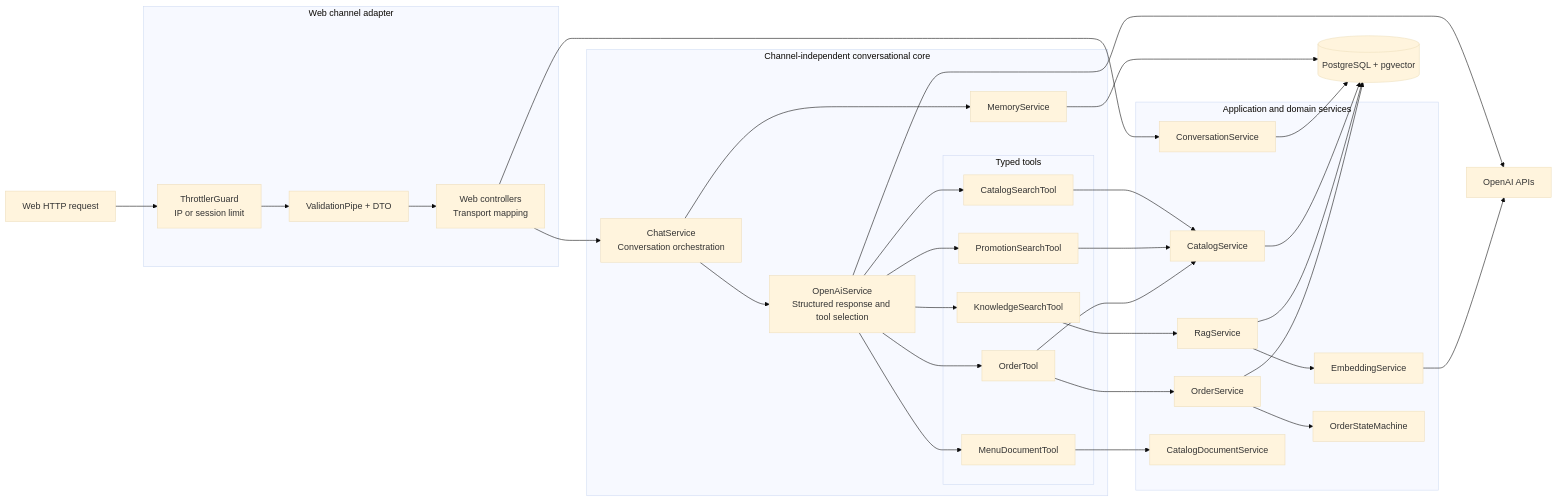
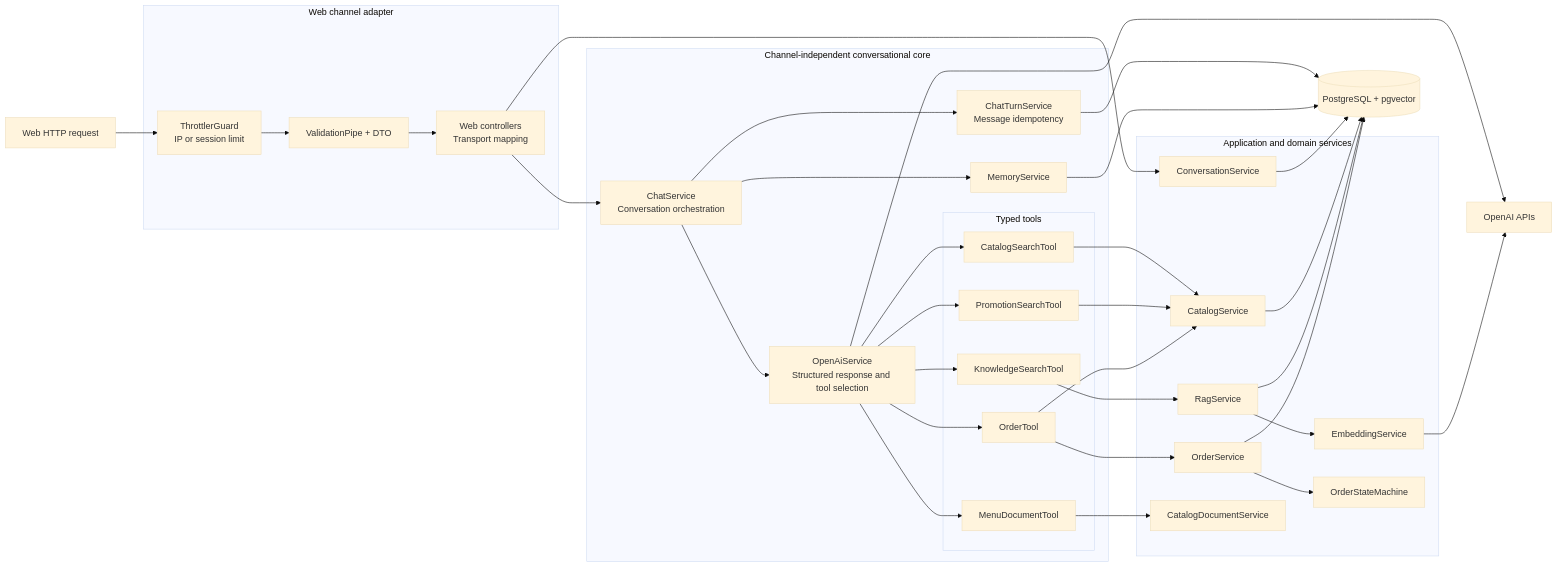
One commit to juanjosechiroque/nestjs-multichannel-ai-chatbot-engine changed the third of 5 diagrams in ARCHITECTURE.md. Above: the diagram before and after it, drawn with Mermaid (base theme). The commit also changed other lines of this file and 22 other files, not shown here.

````diff
--- a/ARCHITECTURE.md
+++ b/ARCHITECTURE.md
@@ -75,51 +75,53 @@
 ```mermaid
 flowchart LR
     request["Web HTTP request"]
 
     subgraph channel["Web channel adapter"]
         limit["ThrottlerGuard<br/>IP or session limit"]
         validation["ValidationPipe + DTO"]
         controller["Web controllers<br/>Transport mapping"]
     end
 
     subgraph core["Channel-independent conversational core"]
         chat["ChatService<br/>Conversation orchestration"]
+        turns["ChatTurnService<br/>Message idempotency"]
         provider["OpenAiService<br/>Structured response and tool selection"]
         memory["MemoryService"]
 
         subgraph tools["Typed tools"]
             catalogTool["CatalogSearchTool"]
             promotionTool["PromotionSearchTool"]
             knowledgeTool["KnowledgeSearchTool"]
             menuTool["MenuDocumentTool"]
             orderTool["OrderTool"]
         end
     end
 
     subgraph domain["Application and domain services"]
         conversation["ConversationService"]
         catalog["CatalogService"]
         rag["RagService"]
         embedding["EmbeddingService"]
         orders["OrderService"]
         state["OrderStateMachine"]
         document["CatalogDocumentService"]
     end
 
     postgres[("PostgreSQL + pgvector")]
     openai["OpenAI APIs"]
 
     request --> limit --> validation --> controller
     controller --> conversation --> postgres
     controller --> chat
+    chat --> turns --> postgres
     chat --> memory --> postgres
     chat --> provider --> openai
     provider --> catalogTool --> catalog --> postgres
     provider --> promotionTool --> catalog
     provider --> knowledgeTool --> rag --> postgres
     rag --> embedding --> openai
     provider --> menuTool --> document
     provider --> orderTool --> catalog
     orderTool --> orders --> state
     orders --> postgres
 ```
````
